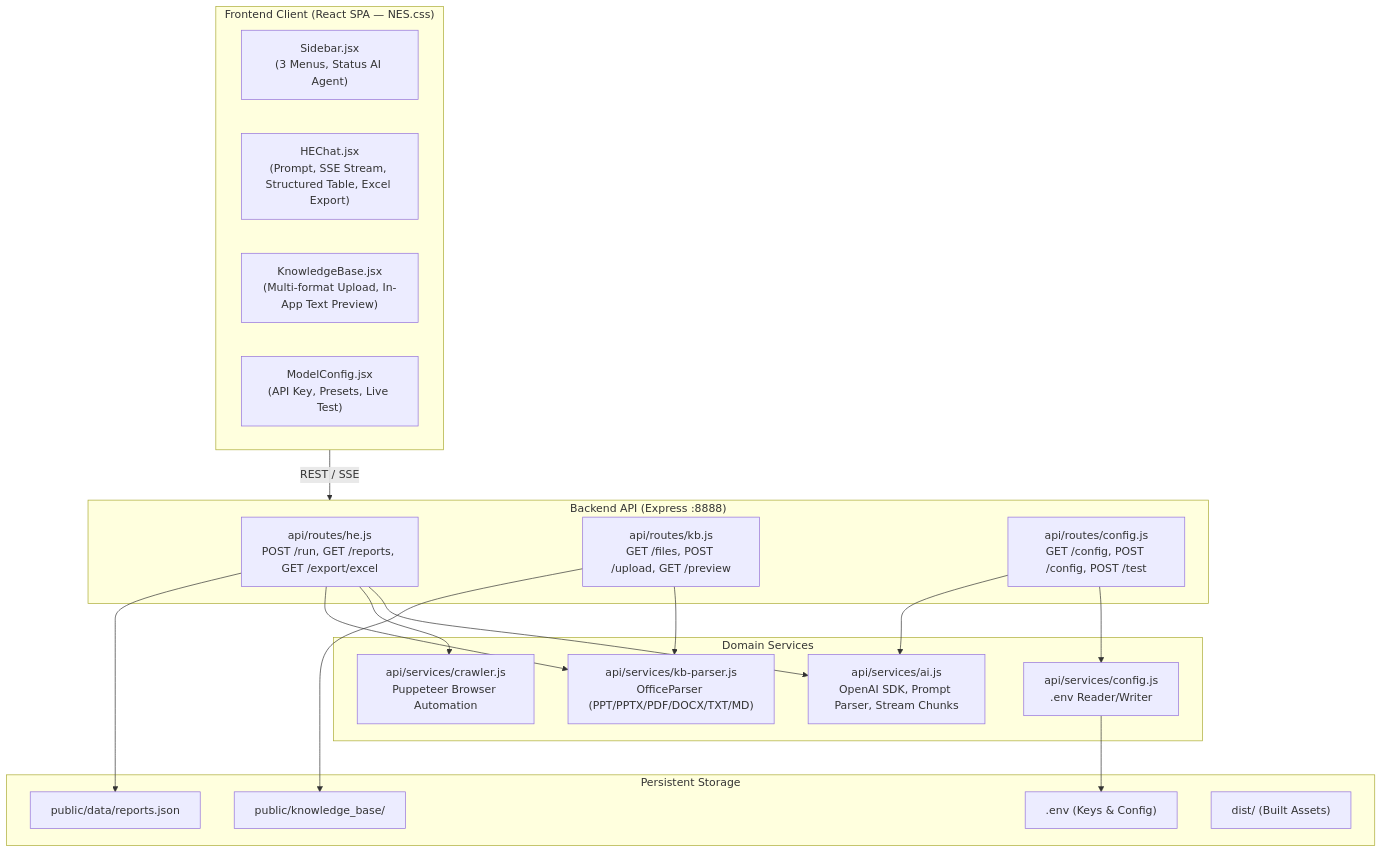
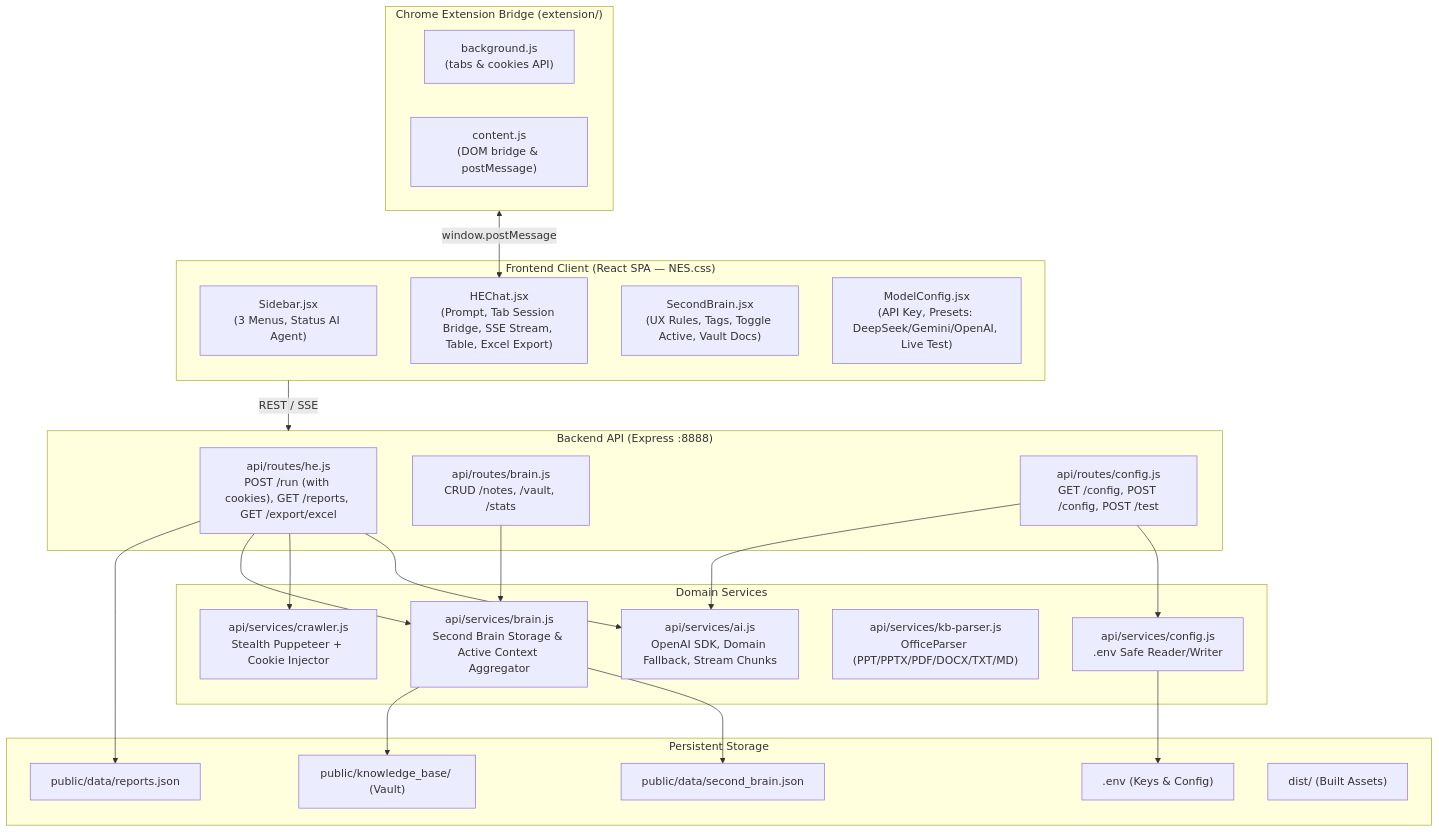
Before and after one commit to agungarifr/HE_SUITE: the first of 3 diagrams in CODEGRAPH.md, drawn with Mermaid. The commit also changed 11 other files, not shown here.

Commit message:
feat(extension): add Tab Session Bridge extension, auto-detect tab dropdown in HEChat, and cookie injection in crawler

````diff
--- a/CODEGRAPH.md
+++ b/CODEGRAPH.md
@@ -8,42 +8,51 @@
 ```mermaid
 graph TD
+    subgraph BROWSER_EXT["Chrome Extension Bridge (extension/)"]
+        EXT_BG["background.js\n(tabs & cookies API)"]
+        EXT_CS["content.js\n(DOM bridge & postMessage)"]
+    end
+
     subgraph CLIENT["Frontend Client (React SPA — NES.css)"]
         SIDEBAR["Sidebar.jsx\n(3 Menus, Status AI Agent)"]
-        HE_CHAT["HEChat.jsx\n(Prompt, SSE Stream, Structured Table, Excel Export)"]
-        KB_PAGE["KnowledgeBase.jsx\n(Multi-format Upload, In-App Text Preview)"]
-        CFG_PAGE["ModelConfig.jsx\n(API Key, Presets, Live Test)"]
+        HE_CHAT["HEChat.jsx\n(Prompt, Tab Session Bridge, SSE Stream, Table, Excel Export)"]
+        BRAIN_PAGE["SecondBrain.jsx\n(UX Rules, Tags, Toggle Active, Vault Docs)"]
+        CFG_PAGE["ModelConfig.jsx\n(API Key, Presets: DeepSeek/Gemini/OpenAI, Live Test)"]
     end
 
     subgraph SERVER["Backend API (Express :8888)"]
-        ROUTER_HE["api/routes/he.js\nPOST /run, GET /reports, GET /export/excel"]
-        ROUTER_KB["api/routes/kb.js\nGET /files, POST /upload, GET /preview"]
+        ROUTER_HE["api/routes/he.js\nPOST /run (with cookies), GET /reports, GET /export/excel"]
+        ROUTER_BRAIN["api/routes/brain.js\nCRUD /notes, /vault, /stats"]
         ROUTER_CFG["api/routes/config.js\nGET /config, POST /config, POST /test"]
     end
 
     subgraph SERVICES["Domain Services"]
-        SVC_AI["api/services/ai.js\nOpenAI SDK, Prompt Parser, Stream Chunks"]
-        SVC_CRAWL["api/services/crawler.js\nPuppeteer Browser Automation"]
+        SVC_AI["api/services/ai.js\nOpenAI SDK, Domain Fallback, Stream Chunks"]
+        SVC_CRAWL["api/services/crawler.js\nStealth Puppeteer + Cookie Injector"]
+        SVC_BRAIN["api/services/brain.js\nSecond Brain Storage & Active Context Aggregator"]
         SVC_KB["api/services/kb-parser.js\nOfficeParser (PPT/PPTX/PDF/DOCX/TXT/MD)"]
-        SVC_CFG["api/services/config.js\n.env Reader/Writer"]
+        SVC_CFG["api/services/config.js\n.env Safe Reader/Writer"]
     end
 
     subgraph STORAGE["Persistent Storage"]
         ENV[".env (Keys & Config)"]
-        KB_DIR["public/knowledge_base/"]
+        BRAIN_DB["public/data/second_brain.json"]
+        KB_DIR["public/knowledge_base/ (Vault)"]
         REPORTS["public/data/reports.json"]
         STATIC["dist/ (Built Assets)"]
     end
 
+    BROWSER_EXT <-->|window.postMessage| HE_CHAT
     CLIENT -->|REST / SSE| SERVER
     ROUTER_HE --> SVC_AI
     ROUTER_HE --> SVC_CRAWL
-    ROUTER_HE --> SVC_KB
+    ROUTER_HE --> SVC_BRAIN
     ROUTER_HE --> REPORTS
 
-    ROUTER_KB --> SVC_KB
-    ROUTER_KB --> KB_DIR
+    ROUTER_BRAIN --> SVC_BRAIN
+    SVC_BRAIN --> BRAIN_DB
+    SVC_BRAIN --> KB_DIR
 
     ROUTER_CFG --> SVC_CFG
     ROUTER_CFG --> SVC_AI
     SVC_CFG --> ENV
 ```
````
